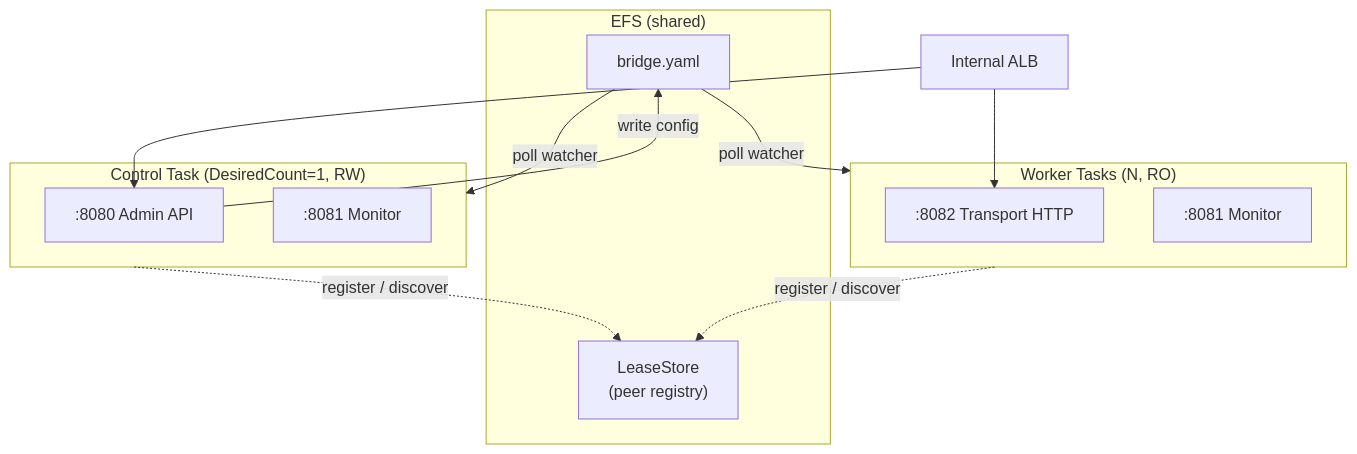
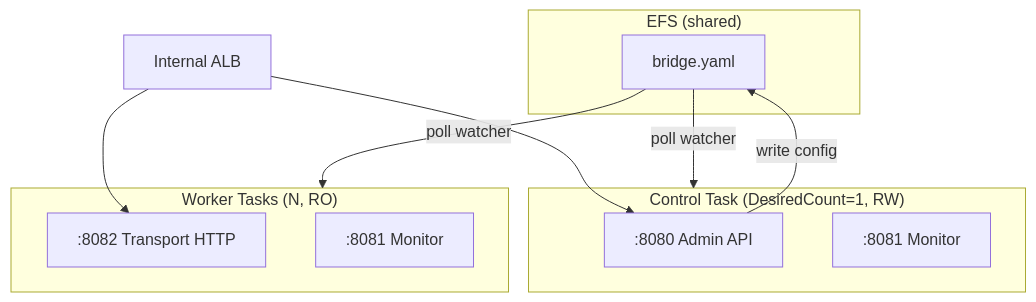
The first of 2 diagrams in docs/scenarios/cdk/05-multi-bridge-cluster.md (mariotoffia/gobridge), drawn with Mermaid before and after one commit. The commit also changed other lines of this file and 48 other files, not shown here.

````diff
--- a/docs/scenarios/cdk/05-multi-bridge-cluster.md
+++ b/docs/scenarios/cdk/05-multi-bridge-cluster.md
@@ -22,26 +25,23 @@
 ```mermaid
 flowchart TD
     subgraph EFS["EFS (shared)"]
         Config["bridge.yaml"]
-        Lease["LeaseStore<br/>(peer registry)"]
     end
 
     subgraph Control["Control Task (DesiredCount=1, RW)"]
         CA[":8080 Admin API"]
         CM[":8081 Monitor"]
     end
 
     subgraph Workers["Worker Tasks (N, RO)"]
         WT[":8082 Transport HTTP"]
         WM[":8081 Monitor"]
     end
 
     CA -->|write config| Config
     Config -->|poll watcher| Workers
     Config -->|poll watcher| Control
-    Control -.->|register / discover| Lease
-    Workers -.->|register / discover| Lease
 
     ALB[Internal ALB] --> CA
     ALB --> WT
 ```
````
